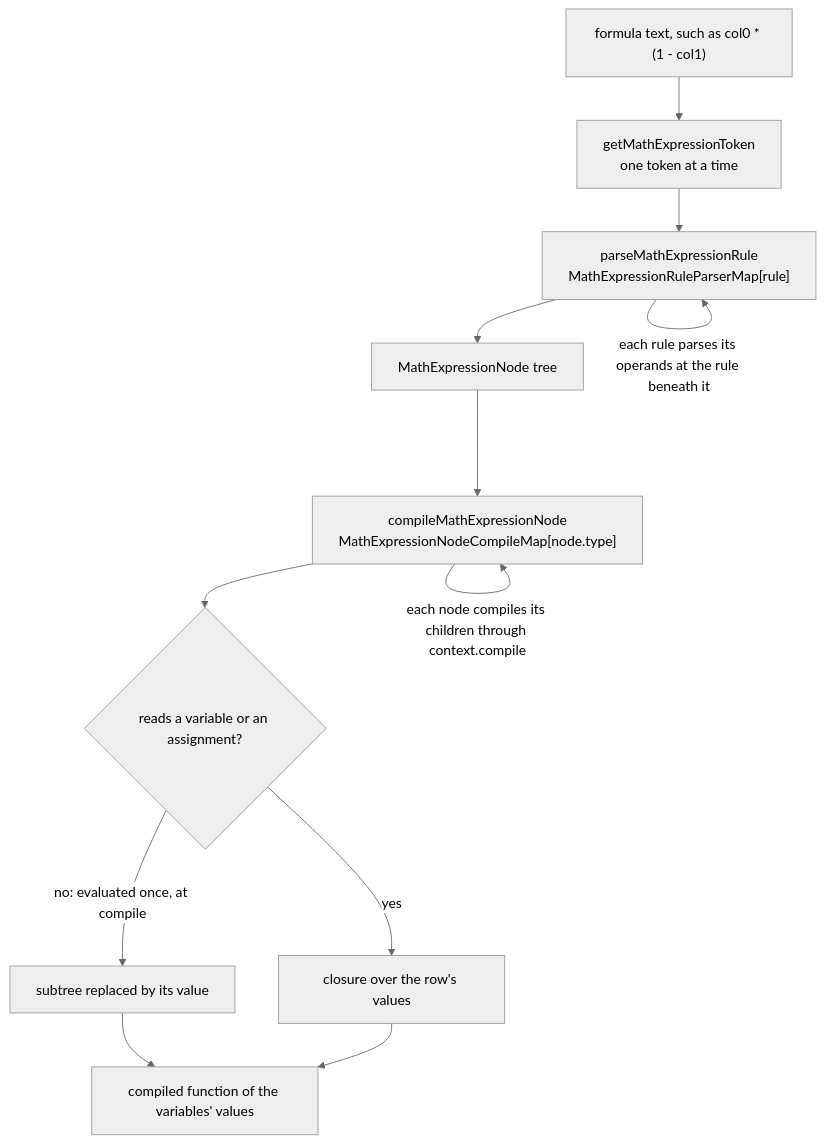
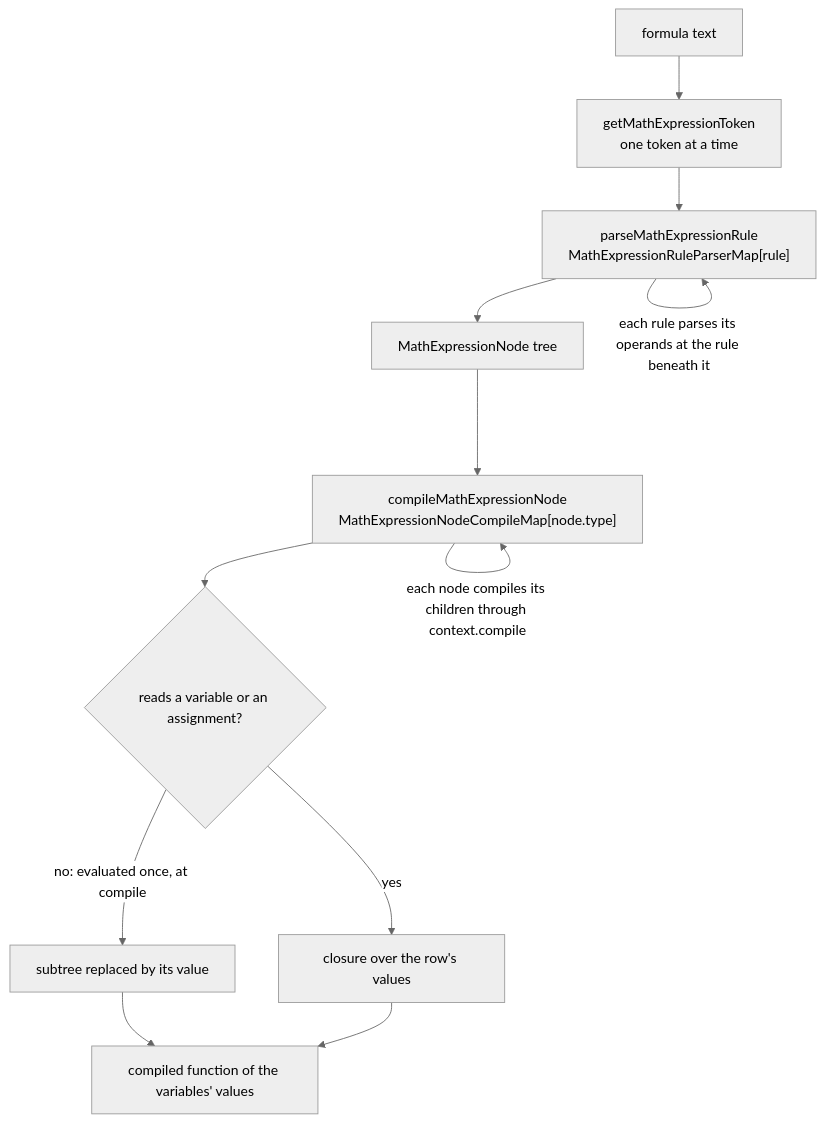
Before and after one commit to Esposter/Esposter: the diagram in openspec/specs/math-expression-compiler/language/design.md, drawn with Mermaid (neutral theme). The commit also changed other lines of this file and 5 other files, not shown here.

````diff
--- a/openspec/specs/math-expression-compiler/language/design.md
+++ b/openspec/specs/math-expression-compiler/language/design.md
@@ -15,14 +15,14 @@
 ```mermaid
 flowchart TD
-  FORMULA["formula text, such as col0 * (1 - col1)"] --> TOKENS["getMathExpressionToken<br/>one token at a time"]
+  FORMULA["formula text"] --> TOKENS["getMathExpressionToken<br/>one token at a time"]
   TOKENS --> RULE["parseMathExpressionRule<br/>MathExpressionRuleParserMap[rule]"]
   RULE -->|"each rule parses its operands at the rule beneath it"| RULE
   RULE --> TREE["MathExpressionNode tree"]
   TREE --> DISPATCH["compileMathExpressionNode<br/>MathExpressionNodeCompileMap[node.type]"]
   DISPATCH -->|"each node compiles its children through context.compile"| DISPATCH
   DISPATCH --> FOLD{"reads a variable or an assignment?"}
   FOLD -->|"no: evaluated once, at compile"| CONST["subtree replaced by its value"]
   FOLD -->|"yes"| CLOSURE["closure over the row's values"]
   CONST --> FUNCTION["compiled function of the variables' values"]
   CLOSURE --> FUNCTION
 ```
````
